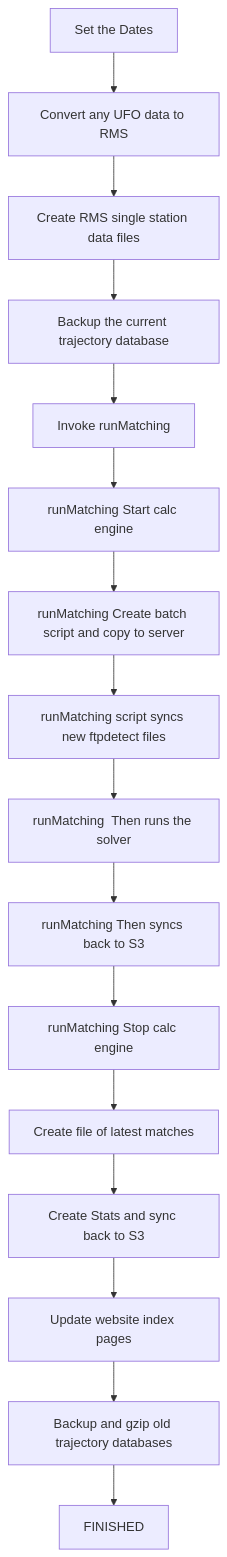
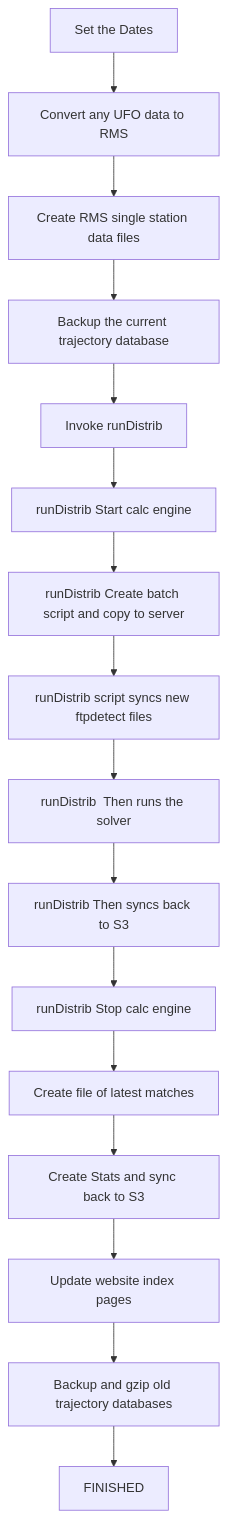
Before and after one commit to ukmda/ukmda-dataprocessing: the third of 3 diagrams in archive/README.md, drawn with Mermaid. The commit also changed 1 other file, not shown here.

Commit message:
Minor updates to handle variable dates better

````diff
--- a/archive/README.md
+++ b/archive/README.md
@@ -57,19 +57,19 @@
 ```mermaid
     flowchart TD
 
     setd[Set the Dates] --> ufo2rms[Convert any UFO data to RMS]
     ufo2rms --> rmssngl[Create RMS single station data files]
     rmssngl --> bkp1[Backup the current trajectory database]
-    bkp1 --> rmat[Invoke runMatching]
-    rmat --> start[runMatching Start calc engine]
-    start --> creat[runMatching Create batch script and copy to server]
-    creat --> sync1[runMatching script syncs new ftpdetect files]
-    sync1 --> run[runMatching  Then runs the solver]
-    run --> sync2[runMatching Then syncs back to S3]
-    sync2 --> done[runMatching Stop calc engine]
+    bkp1 --> rmat[Invoke runDistrib]
+    rmat --> start[runDistrib Start calc engine]
+    start --> creat[runDistrib Create batch script and copy to server]
+    creat --> sync1[runDistrib script syncs new ftpdetect files]
+    sync1 --> run[runDistrib  Then runs the solver]
+    run --> sync2[runDistrib Then syncs back to S3]
+    sync2 --> done[runDistrib Stop calc engine]
     done --> repo[Create file of latest matches]
     repo --> stats[Create Stats and sync back to S3]
     stats --> idxpg[Update website index pages]
     idxpg --> gzi[Backup and gzip old trajectory databases]
     gzi --> d[FINISHED]
 ```
````
